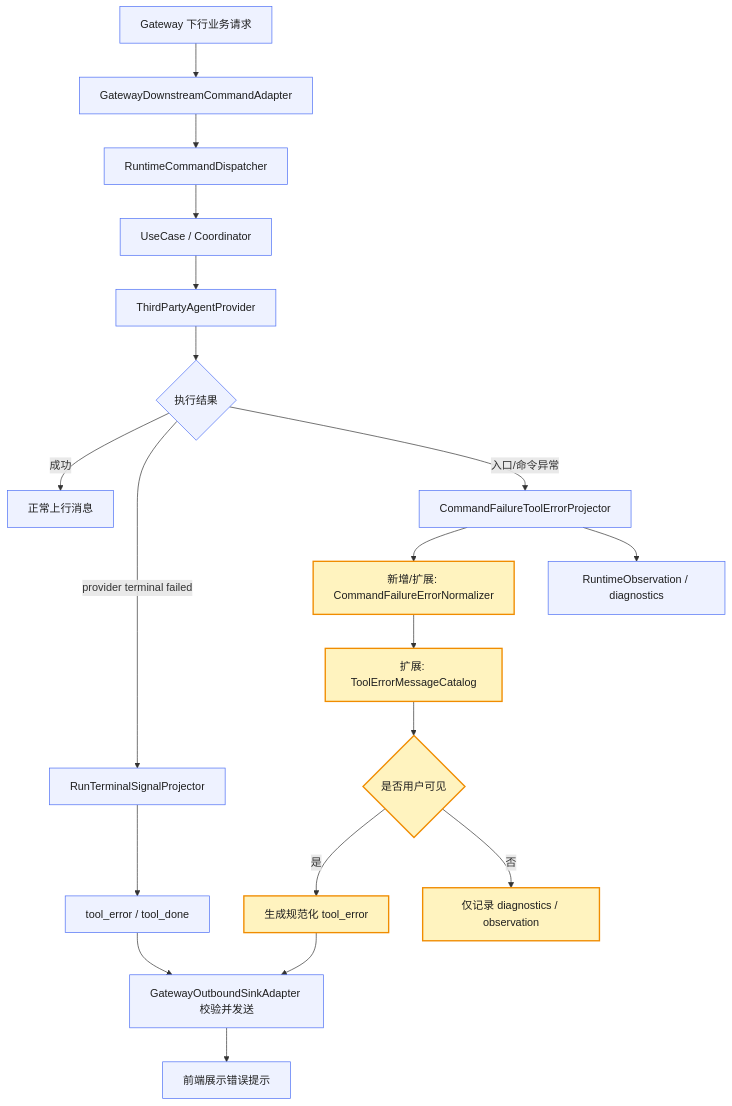
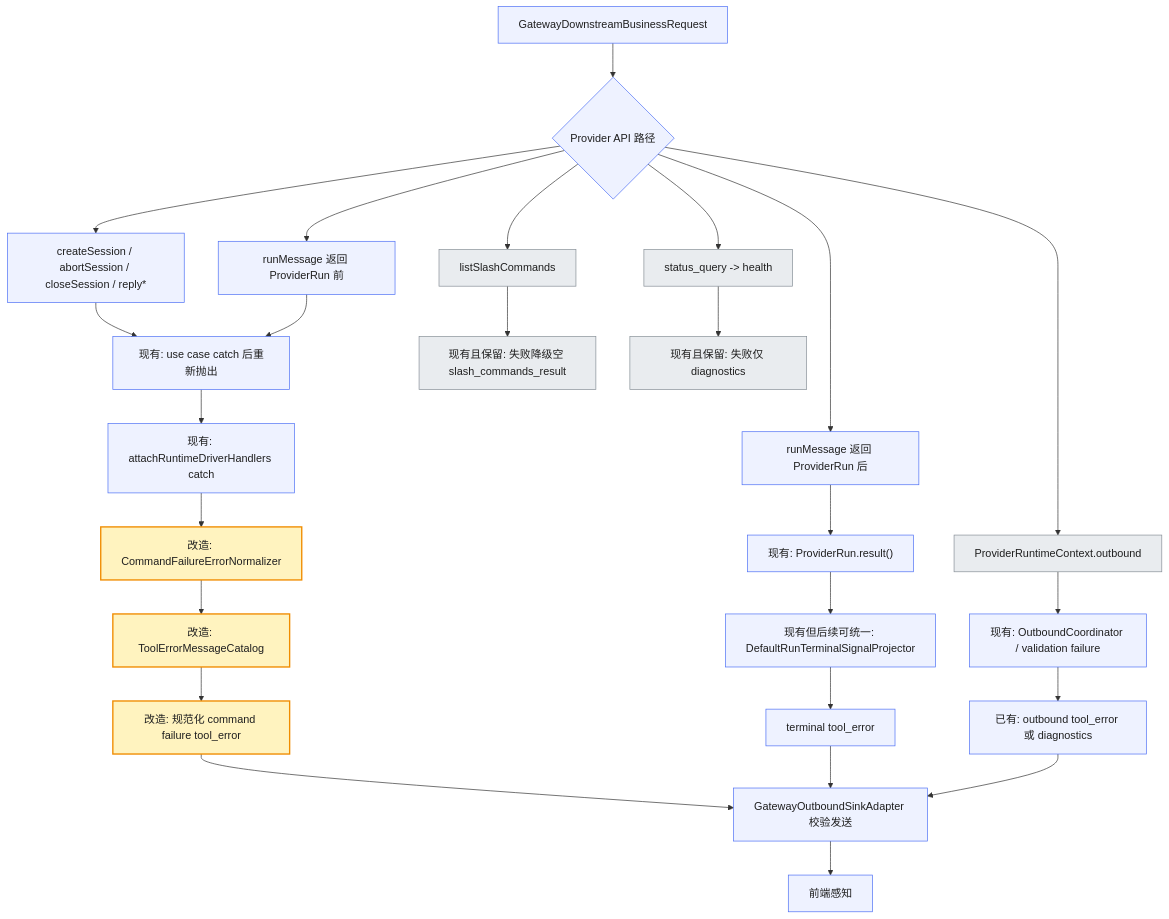
One commit to yuzhangCZ/agent-plugin changed the first of 5 diagrams in docs/design/bridge-runtime-sdk-tool-error-exception-solution.md. Above: the diagram before and after it, drawn with Mermaid. The commit also changed other lines of this file, not shown here.

Commit message:
docs: refine provider api error handling plan

````diff
--- a/docs/design/bridge-runtime-sdk-tool-error-exception-solution.md
+++ b/docs/design/bridge-runtime-sdk-tool-error-exception-solution.md
@@ -36,26 +42,38 @@
 ```mermaid
 flowchart TD
-    A["Gateway 下行业务请求"] --> B["GatewayDownstreamCommandAdapter"]
-    B --> C["RuntimeCommandDispatcher"]
-    C --> D["UseCase / Coordinator"]
-    D --> E["ThirdPartyAgentProvider"]
-    E --> F{"执行结果"}
-    F -->|成功| G["正常上行消息"]
-    F -->|provider terminal failed| H["RunTerminalSignalProjector"]
-    F -->|入口/命令异常| I["CommandFailureToolErrorProjector"]
-    H --> J["tool_error / tool_done"]
-    I --> K["新增/扩展: CommandFailureErrorNormalizer"]
-    K --> O["扩展: ToolErrorMessageCatalog"]
-    O --> P{"是否用户可见"}
-    P -->|是| Q["生成规范化 tool_error"]
-    P -->|否| R["仅记录 diagnostics / observation"]
-    Q --> L["GatewayOutboundSinkAdapter 校验并发送"]
-    J --> L
-    L --> M["前端展示错误提示"]
-    I --> N["RuntimeObservation / diagnostics"]
+    A["GatewayDownstreamBusinessRequest"] --> B{"Provider API 路径"}
+    B --> C["createSession / abortSession / closeSession / reply*"]
+    B --> D["runMessage 返回 ProviderRun 前"]
+    B --> E["runMessage 返回 ProviderRun 后"]
+    B --> F["listSlashCommands"]
+    B --> G["status_query -> health"]
+    B --> H["ProviderRuntimeContext.outbound"]
 
+    C --> I["现有: use case catch 后重新抛出"]
+    D --> I
+    I --> J["现有: attachRuntimeDriverHandlers catch"]
+    J --> K["改造: CommandFailureErrorNormalizer"]
+    K --> L["改造: ToolErrorMessageCatalog"]
+    L --> M["改造: 规范化 command failure tool_error"]
+
+    E --> N["现有: ProviderRun.result()"]
+    N --> O["现有但后续可统一: DefaultRunTerminalSignalProjector"]
+    O --> P["terminal tool_error"]
+
+    F --> Q["现有且保留: 失败降级空 slash_commands_result"]
+    G --> R["现有且保留: 失败仅 diagnostics"]
+    H --> S["现有: OutboundCoordinator / validation failure"]
+    S --> T["已有: outbound tool_error 或 diagnostics"]
+
+    M --> U["GatewayOutboundSinkAdapter 校验发送"]
+    P --> U
+    T --> U
+    U --> V["前端感知"]
+
+    classDef existing fill:#eef2ff,stroke:#4c6ef5,color:#1f1f1f;
     classDef changed fill:#fff3bf,stroke:#f08c00,stroke-width:2px,color:#1f1f1f;
-    classDef existing fill:#eef2ff,stroke:#4c6ef5,color:#1f1f1f;
-    class K,O,P,Q,R changed;
-    class A,B,C,D,E,F,G,H,I,J,L,M,N existing;
+    classDef nochange fill:#e9ecef,stroke:#868e96,color:#1f1f1f;
+    class K,L,M changed;
+    class A,B,C,D,E,I,J,N,O,P,S,T,U,V existing;
+    class F,G,H,Q,R nochange;
 ```
````
